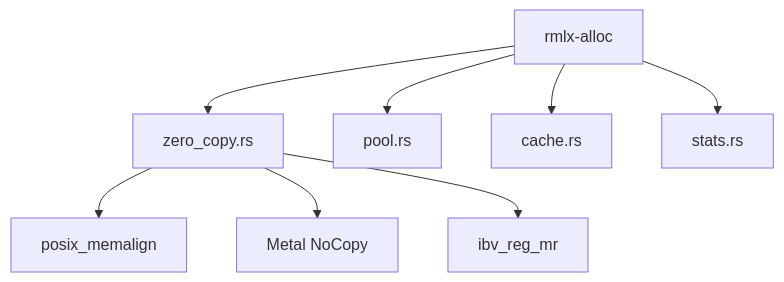
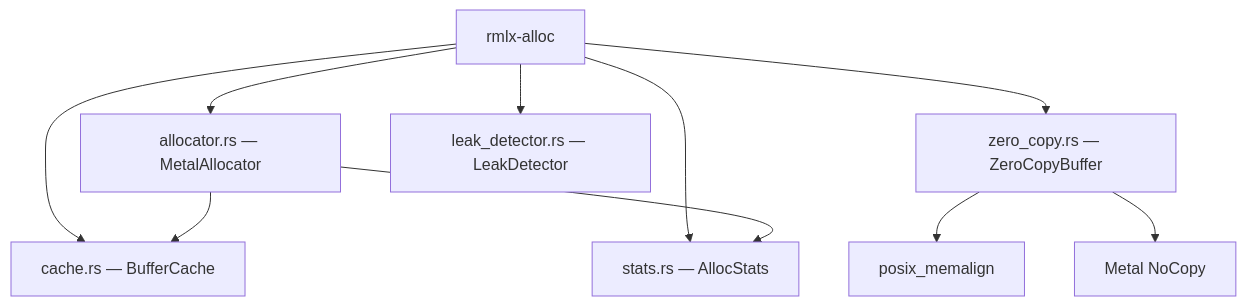
Before and after one commit to 0xDaizz/RMLX: the first of 3 diagrams in docs/crates/rmlx-alloc.md, drawn with Mermaid. The commit also changed other lines of this file and 11 other files, not shown here.

````diff
--- a/docs/crates/rmlx-alloc.md
+++ b/docs/crates/rmlx-alloc.md
@@ -13,10 +13,12 @@
 ```mermaid
 graph TD
-    A[rmlx-alloc] --> B[zero_copy.rs]
-    A --> C[pool.rs]
-    A --> D[cache.rs]
-    A --> E[stats.rs]
-    B --> F[posix_memalign]
-    B --> G[Metal NoCopy]
-    B --> H[ibv_reg_mr]
+    A[rmlx-alloc] --> B[allocator.rs — MetalAllocator]
+    A --> C[zero_copy.rs — ZeroCopyBuffer]
+    A --> D[cache.rs — BufferCache]
+    A --> E[stats.rs — AllocStats]
+    A --> F[leak_detector.rs — LeakDetector]
+    B --> D
+    B --> E
+    C --> G[posix_memalign]
+    C --> H[Metal NoCopy]
 ```
````
